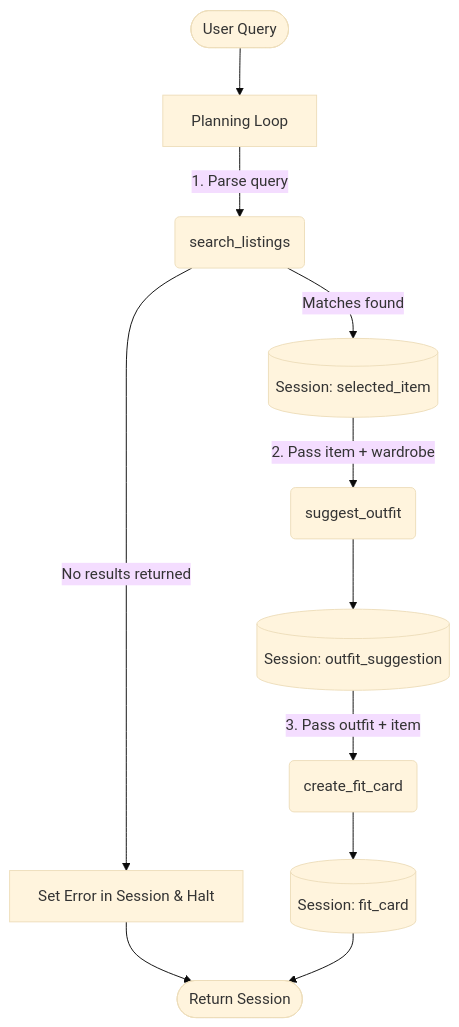
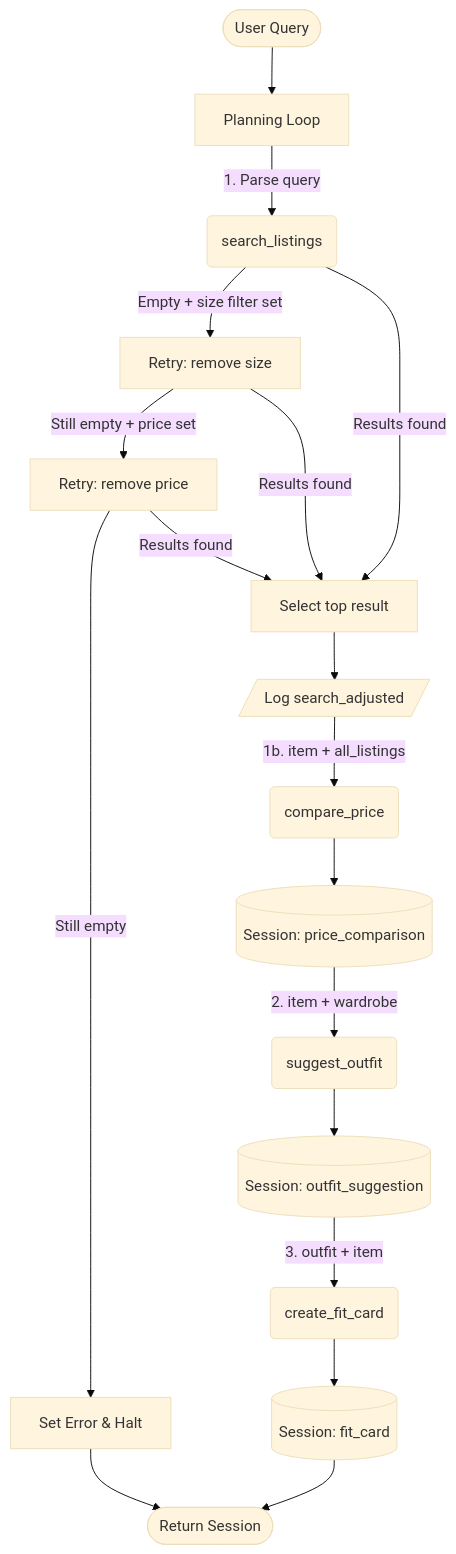
Before and after one commit to olivertang40/ai201-project2-fitfindr-starter: the diagram in planning.md, drawn with Mermaid (base theme). The commit also changed other lines of this file and 4 other files, not shown here.

First line of the commit message:
feat: complete stretch features — price comparison tool and retry fallback

````diff
--- a/planning.md
+++ b/planning.md
@@ -139,18 +180,27 @@
 ```mermaid
 flowchart TD
     Start([User Query]) --> PL[Planning Loop]
 
     PL -->|1. Parse query| T1(search_listings)
-    T1 -->|No results returned| Err[Set Error in Session & Halt]
 
-    T1 -->|Matches found| State1[(Session: selected_item)]
-    State1 -->|2. Pass item + wardrobe| T2(suggest_outfit)
+    T1 -->|Empty + size filter set| R1[Retry: remove size]
+    R1 -->|Still empty + price set| R2[Retry: remove price]
+    R1 -->|Results found| Sel[Select top result]
+    R2 -->|Still empty| Err[Set Error & Halt]
+    R2 -->|Results found| Sel
 
+    T1 -->|Results found| Sel
+
+    Sel --> AdjLog[/Log search_adjusted/]
+    AdjLog -->|1b. item + all_listings| T4(compare_price)
+    T4 --> State4[(Session: price_comparison)]
+
+    State4 -->|2. item + wardrobe| T2(suggest_outfit)
     T2 --> State2[(Session: outfit_suggestion)]
-    State2 -->|3. Pass outfit + item| T3(create_fit_card)
+    State2 -->|3. outfit + item| T3(create_fit_card)
 
     T3 --> State3[(Session: fit_card)]
 
     Err --> End([Return Session])
     State3 --> End([Return Session])
 ```
````
